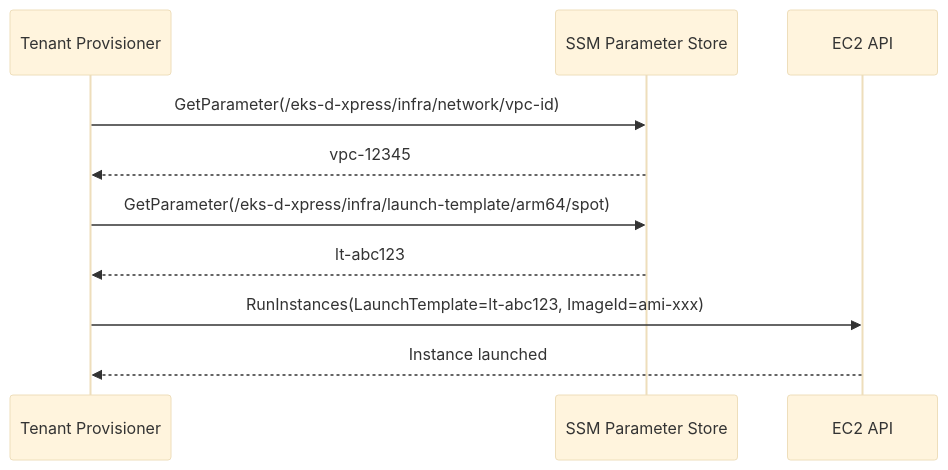
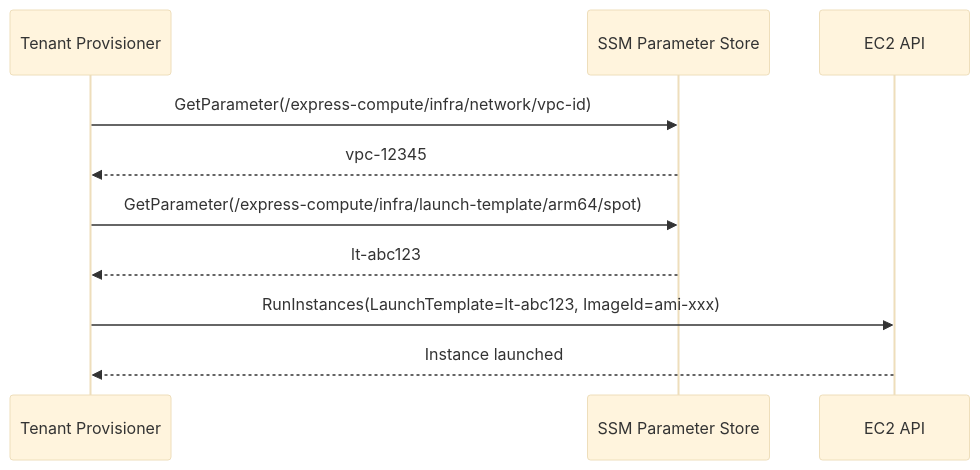
One commit to codriverlabs/express-compute-managed-k8s-infra changed the fourth of 4 diagrams in .agents/summary/workflows.md. Above: the diagram before and after it, drawn with Mermaid (base theme). The commit also changed other lines of this file and 16 other files, not shown here.

First line of the commit message:
refactor: rebrand to Express Compute Managed K8s Infra

````diff
--- a/.agents/summary/workflows.md
+++ b/.agents/summary/workflows.md
@@ -68,13 +68,13 @@
 ```mermaid
 sequenceDiagram
     participant Tenant as Tenant Provisioner
     participant SSM as SSM Parameter Store
     participant EC2 as EC2 API
 
-    Tenant->>SSM: GetParameter(/eks-d-xpress/infra/network/vpc-id)
+    Tenant->>SSM: GetParameter(/express-compute/infra/network/vpc-id)
     SSM-->>Tenant: vpc-12345
-    Tenant->>SSM: GetParameter(/eks-d-xpress/infra/launch-template/arm64/spot)
+    Tenant->>SSM: GetParameter(/express-compute/infra/launch-template/arm64/spot)
     SSM-->>Tenant: lt-abc123
     Tenant->>EC2: RunInstances(LaunchTemplate=lt-abc123, ImageId=ami-xxx)
     EC2-->>Tenant: Instance launched
 ```
````
